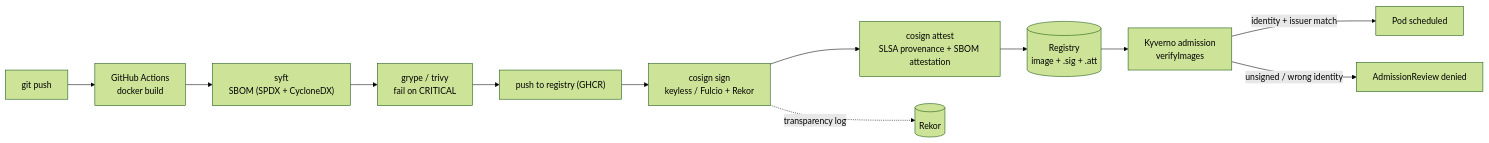
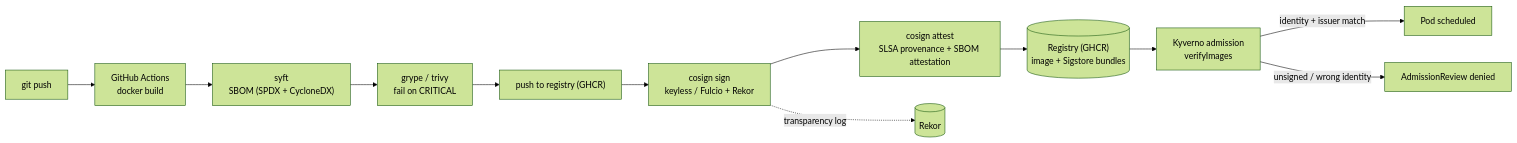
The diagram in README.md (PontoPe/ProvenancePipeline), drawn with Mermaid (forest theme) before and after one commit. The commit also changed other lines of this file and 8 other files, not shown here.

````diff
--- a/README.md
+++ b/README.md
@@ -18,14 +38,14 @@
 ```mermaid
 flowchart LR
     SRC["git push"] --> BUILD["GitHub Actions<br/>docker build"]
     BUILD --> SBOM["syft<br/>SBOM (SPDX + CycloneDX)"]
     SBOM --> SCAN["grype / trivy<br/>fail on CRITICAL"]
     SCAN --> PUSH["push to registry (GHCR)"]
     PUSH --> SIGN["cosign sign<br/>keyless / Fulcio + Rekor"]
     SIGN --> ATT["cosign attest<br/>SLSA provenance + SBOM attestation"]
-    ATT --> REG[("Registry<br/>image + .sig + .att")]
+    ATT --> REG[("Registry (GHCR)<br/>image + Sigstore bundles")]
     REG --> ADM["Kyverno admission<br/>verifyImages"]
     ADM -->|identity + issuer match| OK["Pod scheduled"]
     ADM -->|unsigned / wrong identity| DENY["AdmissionReview denied"]
     SIGN -.transparency log.-> REKOR[("Rekor")]
 ```
````
